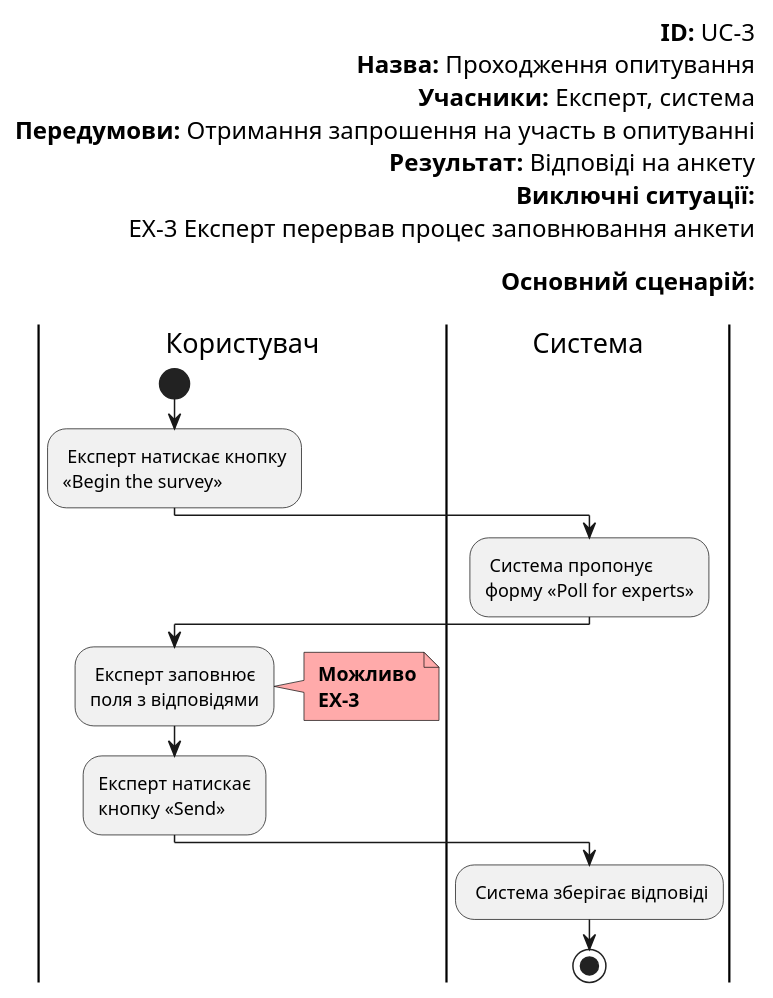
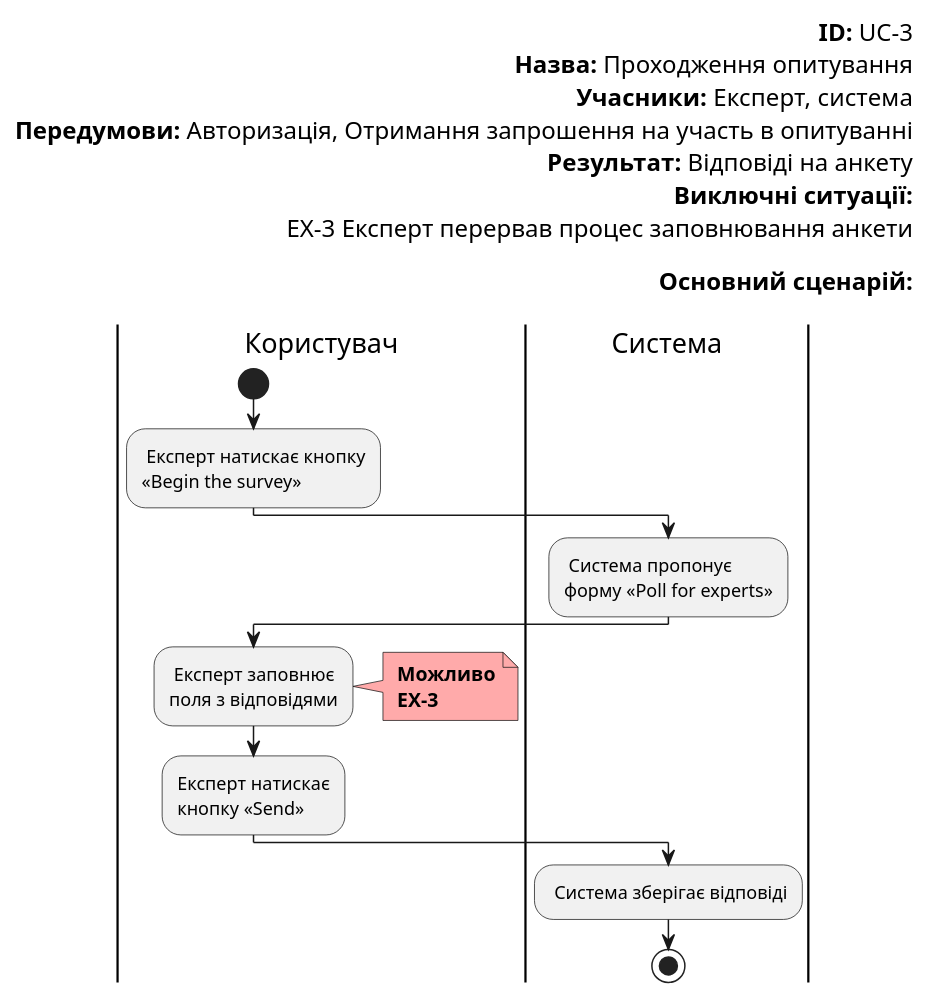
One commit to JenyaFTW/expert-management-system changed the fifth of 14 diagrams in docs/use cases/README.md. Above: the diagram before and after it, drawn with PlantUML. The commit also changed other lines of this file, not shown here.

```diff
--- a/docs/use cases/README.md
+++ b/docs/use cases/README.md
@@ -181,42 +181,42 @@
 @startuml
     left header
         <font color=000 size=16><b>ID:</b> UC-3
         <font color=000 size=16><b>Назва:</b> Проходження опитування
         <font color=000 size=16><b>Учасники:</b> Експерт, система
-        <font color=000 size=16><b>Передумови:</b> Отримання запрошення на участь в опитуванні
+        <font color=000 size=16><b>Передумови:</b> Авторизація, Отримання запрошення на участь в опитуванні
         <font color=000 size=16><b>Результат:</b> Відповіді на анкету
         <font color=000 size=16><b>Виключні ситуації:</b>
         <font color=000 size=16>EX-3 Експерт перервав процес заповнювання анкети
         
         <font color=000 size=16><b>Основний сценарій:</b>
         
     end header
 
     |Користувач|
         start
         : Експерт натискає кнопку 
         «Begin the survey»;
 
     |Система|
         : Система пропонує 
         форму «Poll for experts»;
         
     |Користувач|
  
         : Експерт заповнює 
         поля з відповідями;
             note right #ffaaaa
         <b> Можливо
         <b> EX-3
         end note
         
         :Експерт натискає 
         кнопку «Send»;
     
     |Система|
         : Система зберігає відповіді;
     
     |Система|
         stop;
 
 @enduml
```
